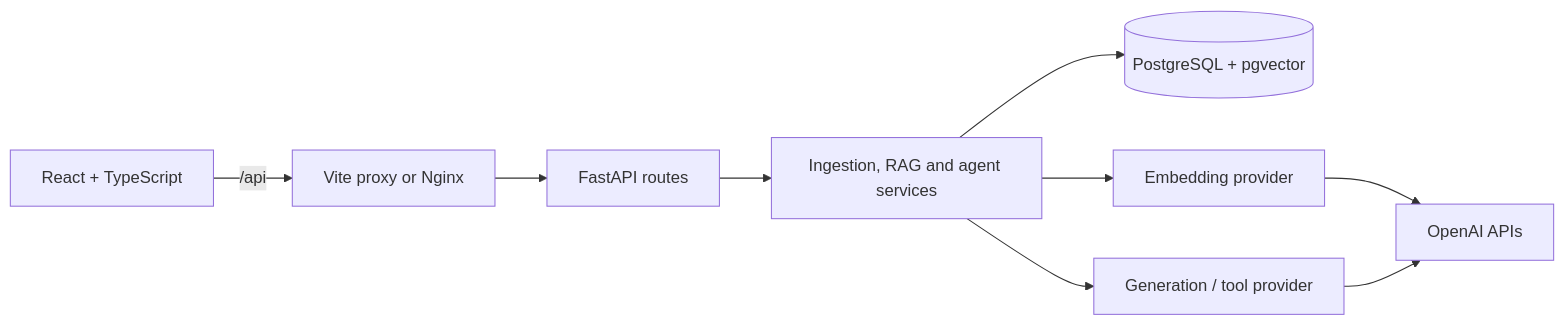
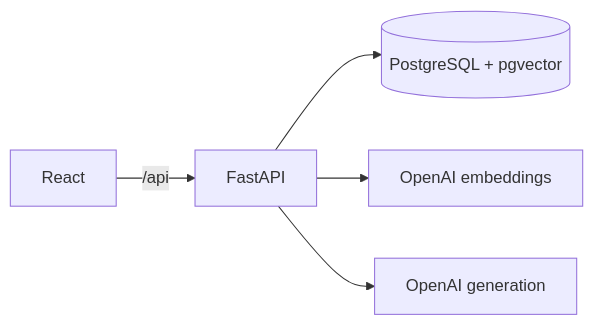
Before and after one commit to Derek376/DevDocs-AI: the diagram in README.md, drawn with Mermaid. The commit also changed other lines of this file and 8 other files, not shown here.

````diff
--- a/README.md
+++ b/README.md
@@ -84,11 +44,7 @@
 ```mermaid
 flowchart LR
-    UI[React + TypeScript] -->|/api| P[Vite proxy or Nginx]
-    P --> API[FastAPI routes]
-    API --> S[Ingestion, RAG and agent services]
-    S --> DB[(PostgreSQL + pgvector)]
-    S --> E[Embedding provider]
-    S --> L[Generation / tool provider]
-    E --> O[OpenAI APIs]
-    L --> O
+    UI[React] -->|/api| API[FastAPI]
+    API --> DB[(PostgreSQL + pgvector)]
+    API --> E[OpenAI embeddings]
+    API --> L[OpenAI generation]
 ```
````
